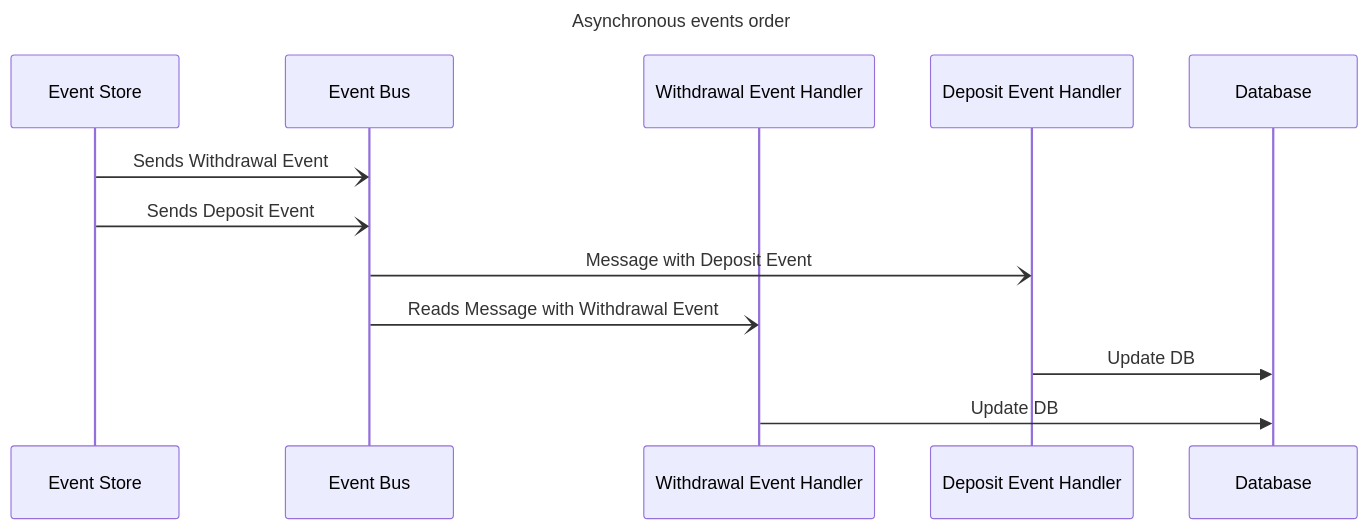
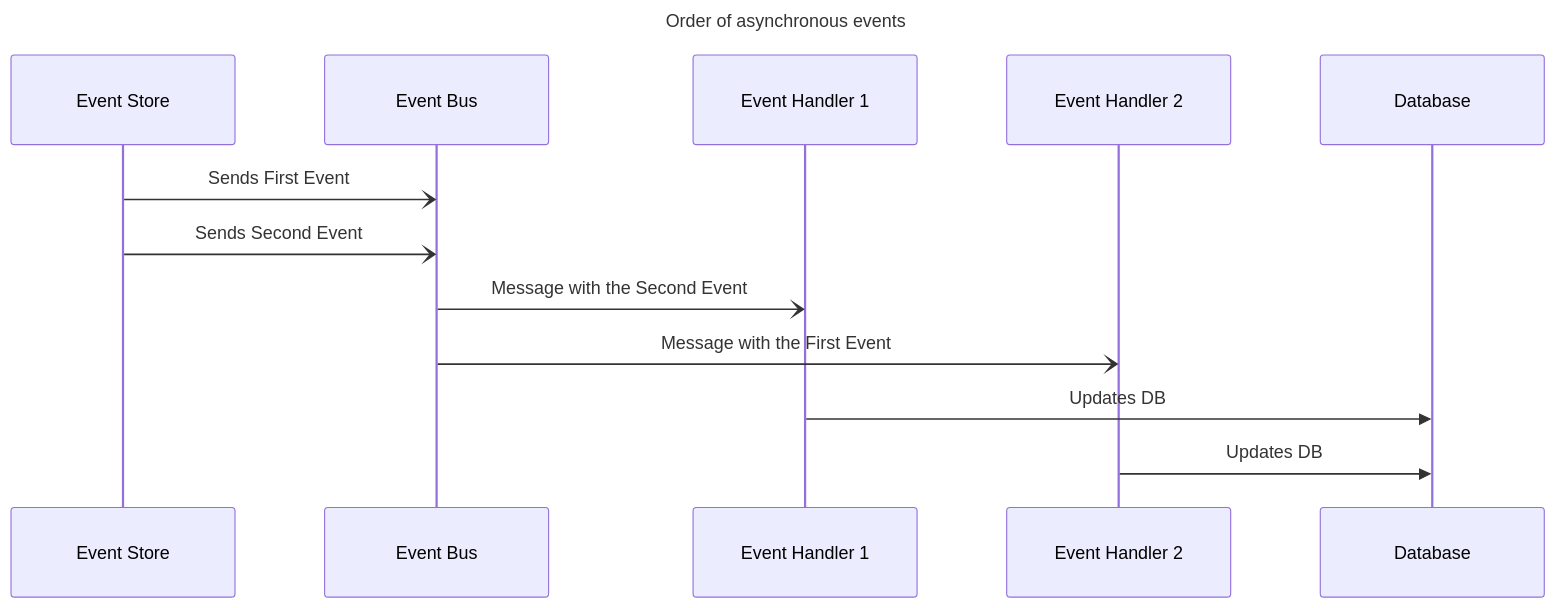
Before and after one commit to dmitryhruzin/CQRS-variations-test: the fifth of 8 diagrams in docs/cqrs-modification.md, drawn with Mermaid. The commit also changed other lines of this file and 1 other file, not shown here.

````diff
--- a/docs/cqrs-modification.md
+++ b/docs/cqrs-modification.md
@@ -90,18 +202,24 @@
 ```mermaid
 ---
-title: Asynchronous events order
+title: Order of asynchronous events
+config:
+  sequence:
+    width: 200
+    height: 80
+    actorMargin: 80
+    boxMargin: 15
 ---
   sequenceDiagram
     participant es as Event Store
     participant eb as Event Bus
-    participant weh as Withdrawal Event Handler
-    participant deh as Deposit Event Handler
+    participant deh as Event Handler 1
+    participant weh as Event Handler 2
     participant d as Database
 
-    es-)eb: Sends Withdrawal Event
-    es-)eb: Sends Deposit Event
-    eb-)deh: Message with Deposit Event 
-    eb-)weh: Reads Message with Withdrawal Event 
-    deh->>d: Update DB 
-    weh->>d: Update DB 
+    es-)eb: Sends First Event
+    es-)eb: Sends Second Event
+    eb-)deh: Message with the Second Event 
+    eb-)weh: Message with the First Event 
+    deh->>d: Updates DB 
+    weh->>d: Updates DB 
 ```
````
